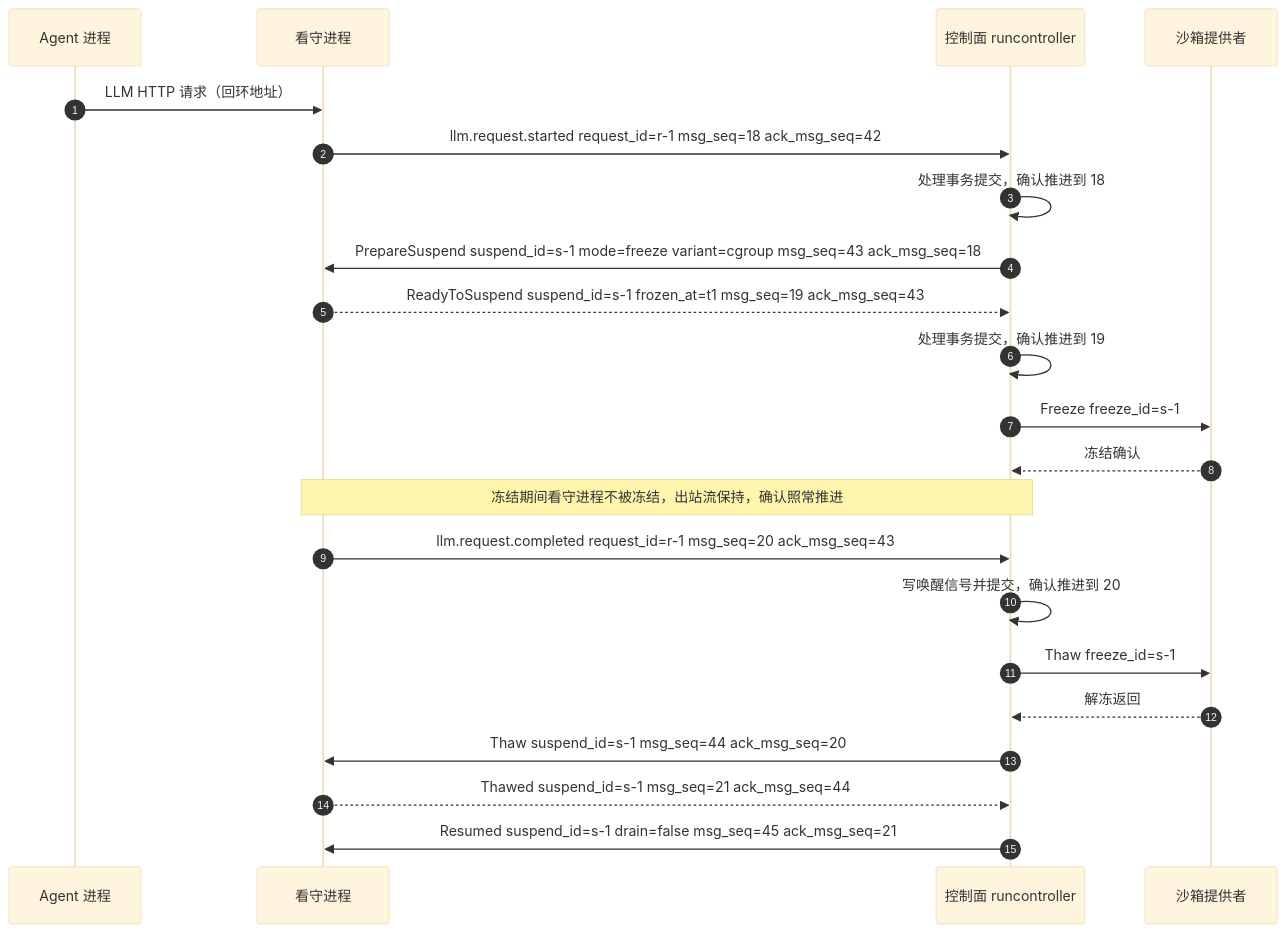
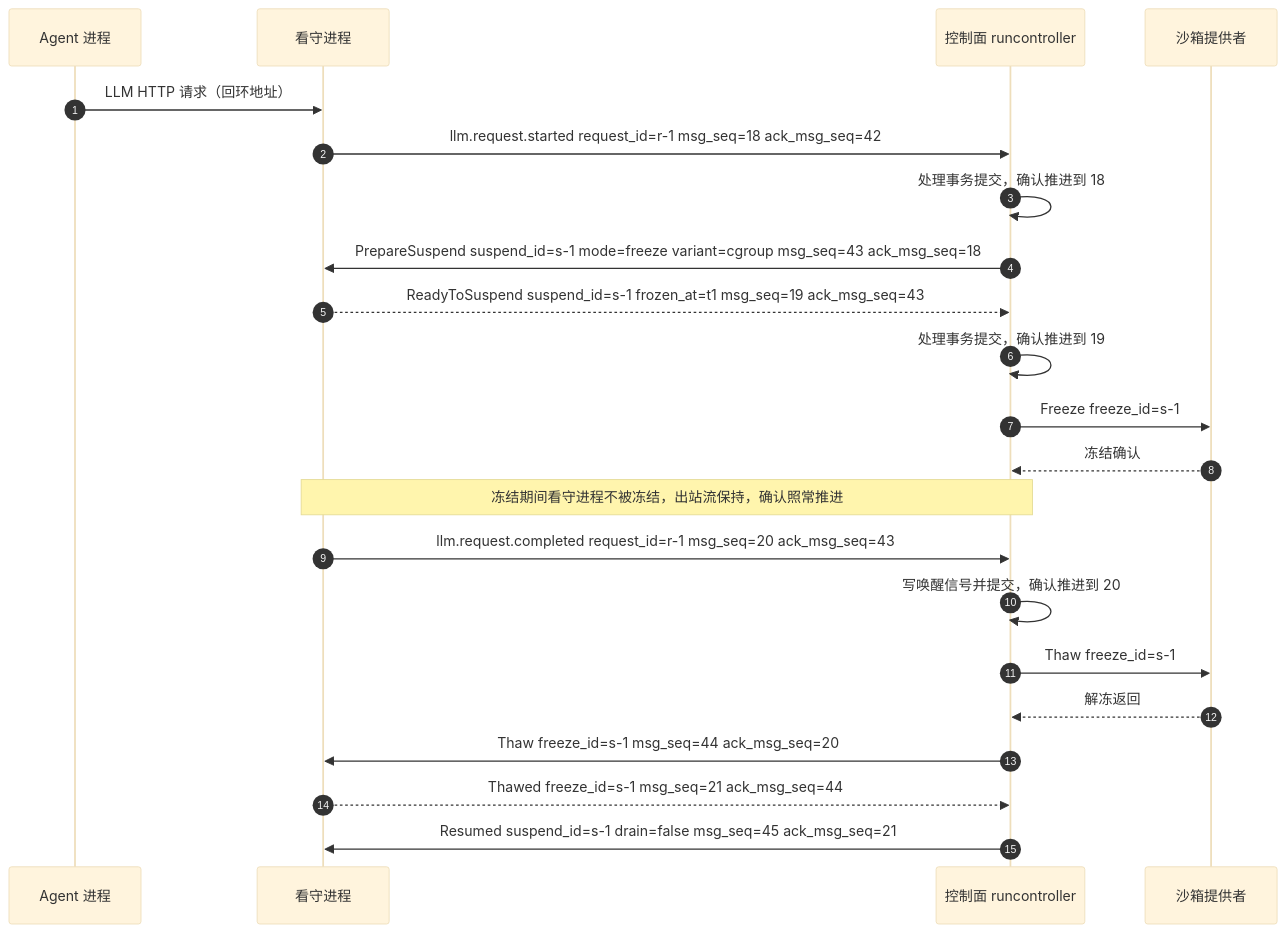
One commit to wangzw/castworks changed the third of 8 diagrams in docs/design/modules/design-agentprotocol.md. Above: the diagram before and after it, drawn with Mermaid (base theme). The commit also changed other lines of this file and 35 other files, not shown here.

````diff
--- a/docs/design/modules/design-agentprotocol.md
+++ b/docs/design/modules/design-agentprotocol.md
@@ -418,24 +546,24 @@
 ```mermaid
 sequenceDiagram
     autonumber
     participant A as Agent 进程
     participant W as 看守进程
     participant R as 控制面 runcontroller
     participant P as 沙箱提供者
     A->>W: LLM HTTP 请求（回环地址）
     W->>R: llm.request.started request_id=r-1 msg_seq=18 ack_msg_seq=42
     R->>R: 处理事务提交，确认推进到 18
     R->>W: PrepareSuspend suspend_id=s-1 mode=freeze variant=cgroup msg_seq=43 ack_msg_seq=18
     W-->>R: ReadyToSuspend suspend_id=s-1 frozen_at=t1 msg_seq=19 ack_msg_seq=43
     R->>R: 处理事务提交，确认推进到 19
     R->>P: Freeze freeze_id=s-1
     P-->>R: 冻结确认
     Note over W,R: 冻结期间看守进程不被冻结，出站流保持，确认照常推进
     W->>R: llm.request.completed request_id=r-1 msg_seq=20 ack_msg_seq=43
     R->>R: 写唤醒信号并提交，确认推进到 20
     R->>P: Thaw freeze_id=s-1
     P-->>R: 解冻返回
-    R->>W: Thaw suspend_id=s-1 msg_seq=44 ack_msg_seq=20
-    W-->>R: Thawed suspend_id=s-1 msg_seq=21 ack_msg_seq=44
+    R->>W: Thaw freeze_id=s-1 msg_seq=44 ack_msg_seq=20
+    W-->>R: Thawed freeze_id=s-1 msg_seq=21 ack_msg_seq=44
     R->>W: Resumed suspend_id=s-1 drain=false msg_seq=45 ack_msg_seq=21
 ```
````
